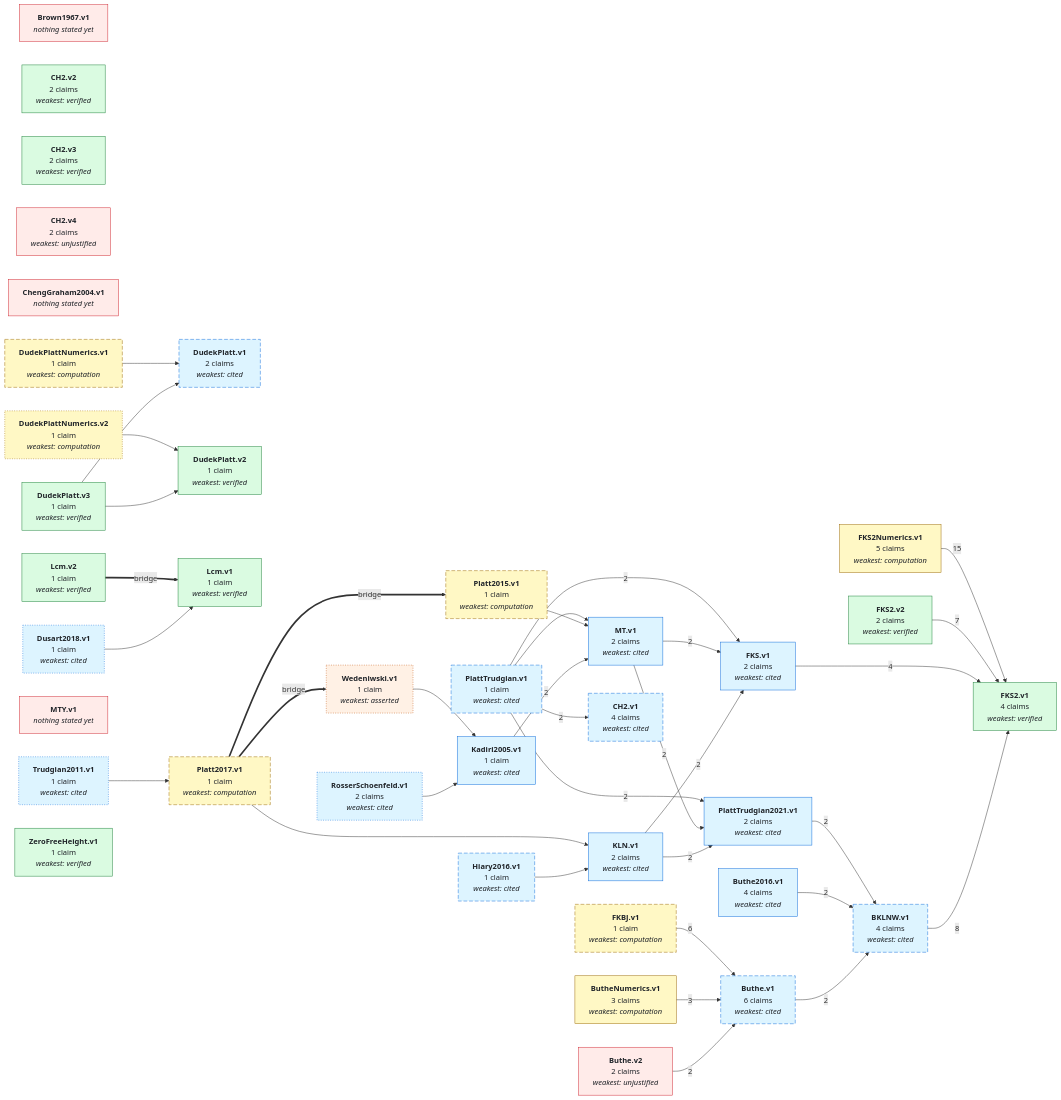
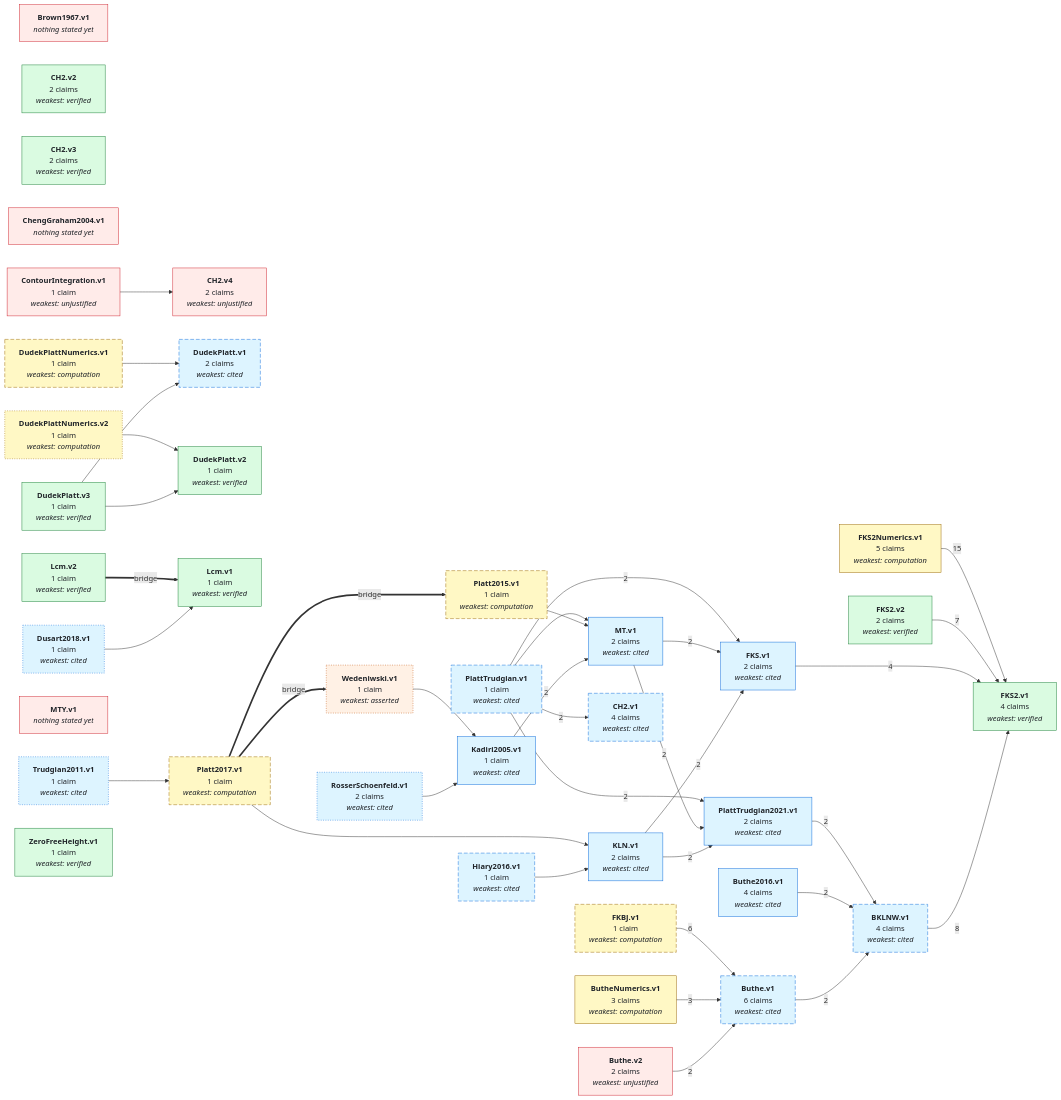
Before and after one commit to teorth/IEANTN: the first of 2 diagrams in GRAPH.md, drawn with Mermaid. The commit also changed other lines of this file and 17 other files, not shown here.

```diff
--- a/GRAPH.md
+++ b/GRAPH.md
@@ -63,6 +63,7 @@
   NCH2_v3["<b>CH2.v3</b><br/>2 claims<br/><i>weakest: verified</i>"]
   NCH2_v4["<b>CH2.v4</b><br/>2 claims<br/><i>weakest: unjustified</i>"]
   NChengGraham2004_v1["<b>ChengGraham2004.v1</b><br/><i>nothing stated yet</i>"]
+  NContourIntegration_v1["<b>ContourIntegration.v1</b><br/>1 claim<br/><i>weakest: unjustified</i>"]
   NDudekPlatt_v1["<b>DudekPlatt.v1</b><br/>2 claims<br/><i>weakest: cited</i>"]
   NDudekPlatt_v2["<b>DudekPlatt.v2</b><br/>1 claim<br/><i>weakest: verified</i>"]
   NDudekPlatt_v3["<b>DudekPlatt.v3</b><br/>1 claim<br/><i>weakest: verified</i>"]
@@ -94,6 +95,7 @@
   NButhe_v2 -->|2| NButhe_v1
   NButhe2016_v1 -->|2| NBKLNW_v1
   NButheNumerics_v1 -->|3| NButhe_v1
+  NContourIntegration_v1 --> NCH2_v4
   NDudekPlatt_v3 --> NDudekPlatt_v1
   NDudekPlatt_v3 --> NDudekPlatt_v2
   NDudekPlattNumerics_v1 --> NDudekPlatt_v1
@@ -137,7 +139,7 @@
   style NRosserSchoenfeld_v1 stroke-dasharray: 2 3;
   style NTrudgian2011_v1 stroke-dasharray: 2 3;
   style NWedeniwski_v1 stroke-dasharray: 2 3;
-  class NBrown1967_v1,NButhe_v2,NCH2_v4,NChengGraham2004_v1,NMTY_v1 none_yet;
+  class NBrown1967_v1,NButhe_v2,NCH2_v4,NChengGraham2004_v1,NContourIntegration_v1,NMTY_v1 none_yet;
   class NWedeniwski_v1 asserted;
   class NBKLNW_v1,NButhe_v1,NButhe2016_v1,NCH2_v1,NDudekPlatt_v1,NDusart2018_v1,NFKS_v1,NHiary2016_v1,NKLN_v1,NKadiri2005_v1,NMT_v1,NPlattTrudgian_v1,NPlattTrudgian2021_v1,NRosserSchoenfeld_v1,NTrudgian2011_v1 literature;
   class NButheNumerics_v1,NDudekPlattNumerics_v1,NDudekPlattNumerics_v2,NFKBJ_v1,NFKS2Numerics_v1,NPlatt2015_v1,NPlatt2017_v1 numerical;
@@ -151,6 +153,7 @@
   click NCH2_v2 href "https://github.com/teorth/IEANTN/blob/main/docs/nodes/CH2-v2.md" _blank
   click NCH2_v3 href "https://github.com/teorth/IEANTN/blob/main/docs/nodes/CH2-v3.md" _blank
   click NCH2_v4 href "https://github.com/teorth/IEANTN/blob/main/docs/nodes/CH2-v4.md" _blank
+  click NContourIntegration_v1 href "https://github.com/teorth/IEANTN/blob/main/docs/nodes/ContourIntegration-v1.md" _blank
   click NDudekPlatt_v1 href "https://github.com/teorth/IEANTN/blob/main/docs/nodes/DudekPlatt-v1.md" _blank
   click NDudekPlatt_v2 href "https://github.com/teorth/IEANTN/blob/main/docs/nodes/DudekPlatt-v2.md" _blank
   click NDudekPlatt_v3 href "https://github.com/teorth/IEANTN/blob/main/docs/nodes/DudekPlatt-v3.md" _blank
```
